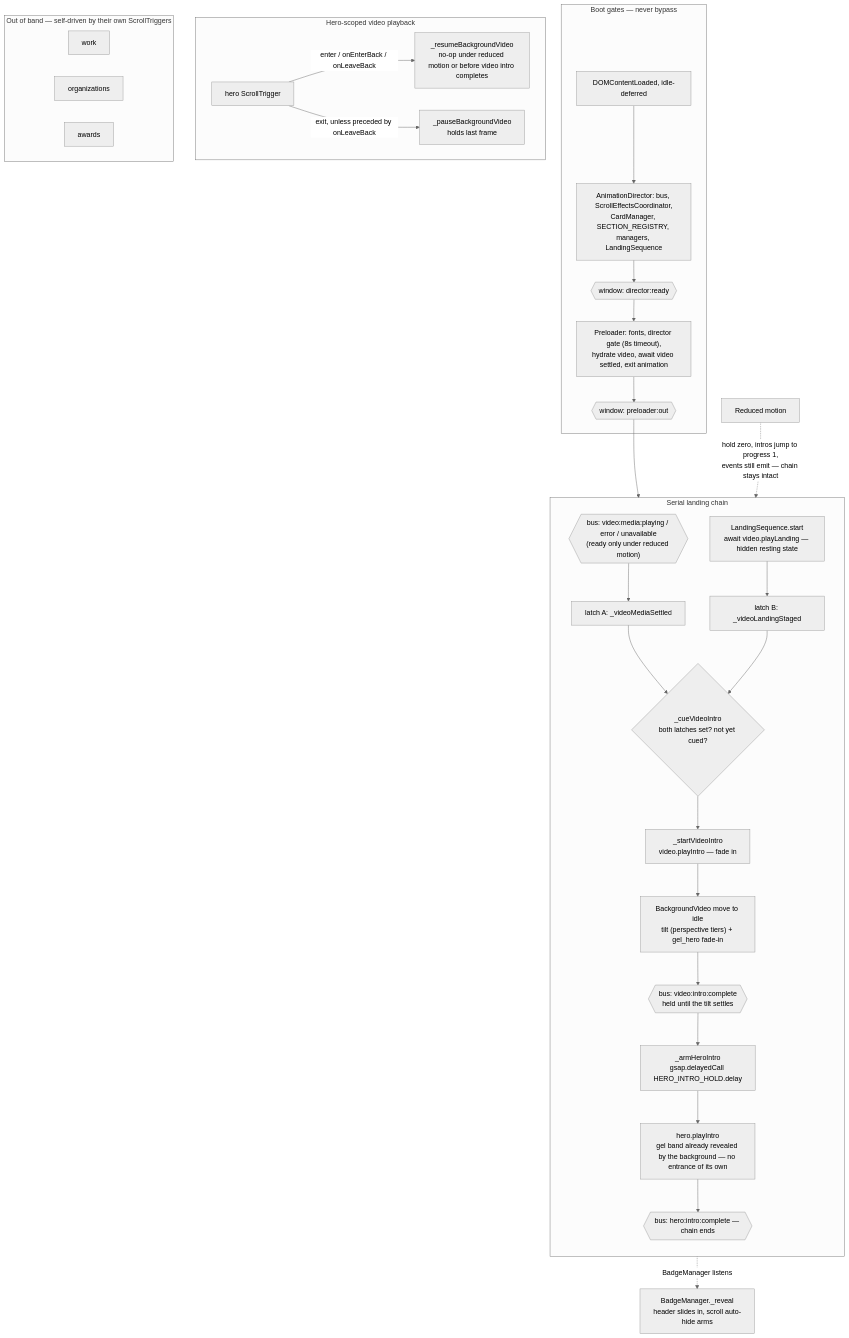
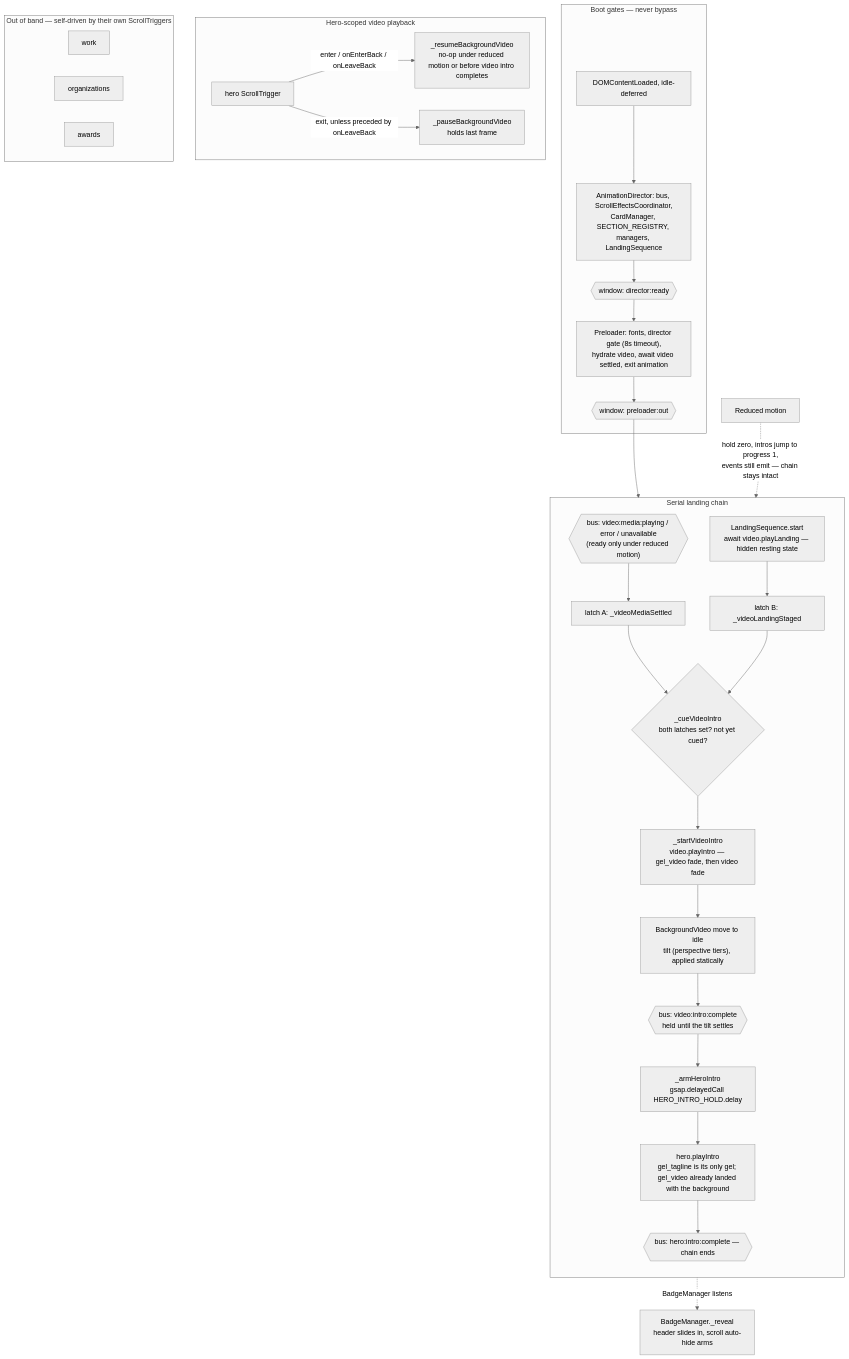
One commit to datainkio/portfolio-frontend changed the second of 2 diagrams in js/choreography/templates/landing/LandingSequence.md. Above: the diagram before and after it, drawn with Mermaid (neutral theme). The commit also changed other lines of this file and 36 other files, not shown here.

First line of the commit message:
feat(background): replace gel_hero with gel_video, faded in before the video

````diff
--- a/js/choreography/templates/landing/LandingSequence.md
+++ b/js/choreography/templates/landing/LandingSequence.md
@@ -156,41 +156,41 @@
 ```mermaid
 flowchart TD
     subgraph boot["Boot gates — never bypass"]
         DCL["DOMContentLoaded, idle-deferred"] --> AD["AnimationDirector: bus, ScrollEffectsCoordinator,<br/>CardManager, SECTION_REGISTRY, managers, LandingSequence"]
         AD --> DR{{"window: director:ready"}}
         DR --> PRE["Preloader: fonts, director gate (8s timeout),<br/>hydrate video, await video settled, exit animation"]
         PRE --> PO{{"window: preloader:out"}}
     end
 
     subgraph chain["Serial landing chain"]
         direction TB
         VS{{"bus: video:media:playing / error / unavailable<br/>(ready only under reduced motion)"}} --> LA["latch A: _videoMediaSettled"]
         PO --> START["LandingSequence.start<br/>await video.playLanding — hidden resting state"]
         START --> LB["latch B: _videoLandingStaged"]
         LA --> CUE{"_cueVideoIntro<br/>both latches set? not yet cued?"}
         LB --> CUE
-        CUE --> VID["_startVideoIntro<br/>video.playIntro — fade in"]
-        VID --> IDLE["BackgroundVideo move to idle<br/>tilt (perspective tiers) + gel_hero fade-in"]
+        CUE --> VID["_startVideoIntro<br/>video.playIntro — gel_video fade, then video fade"]
+        VID --> IDLE["BackgroundVideo move to idle<br/>tilt (perspective tiers), applied statically"]
         IDLE --> VIC{{"bus: video:intro:complete<br/>held until the tilt settles"}}
         VIC --> BEAT["_armHeroIntro<br/>gsap.delayedCall HERO_INTRO_HOLD.delay"]
-        BEAT --> HERO["hero.playIntro<br/>gel band already revealed by the background — no entrance of its own"]
+        BEAT --> HERO["hero.playIntro<br/>gel_tagline is its only gel; gel_video already landed with the background"]
         HERO --> BIC{{"bus: hero:intro:complete — chain ends"}}
     end
 
     BIC -.->|"BadgeManager listens"| HDR["BadgeManager._reveal<br/>header slides in, scroll auto-hide arms"]
 
     subgraph gate["Hero-scoped video playback"]
         direction LR
         HEROST["hero ScrollTrigger"] -->|"enter / onEnterBack / onLeaveBack"| RES["_resumeBackgroundVideo<br/>no-op under reduced motion or before video intro completes"]
         HEROST -->|"exit, unless preceded by onLeaveBack"| PAU["_pauseBackgroundVideo<br/>holds last frame"]
     end
 
     subgraph scroll["Out of band — self-driven by their own ScrollTriggers"]
         direction LR
         WORK["work"]
         ORGS["organizations"]
         AWARDS["awards"]
     end
 
     RM["Reduced motion"] -.->|"hold zero, intros jump to progress 1,<br/>events still emit — chain stays intact"| chain
 ```
````
